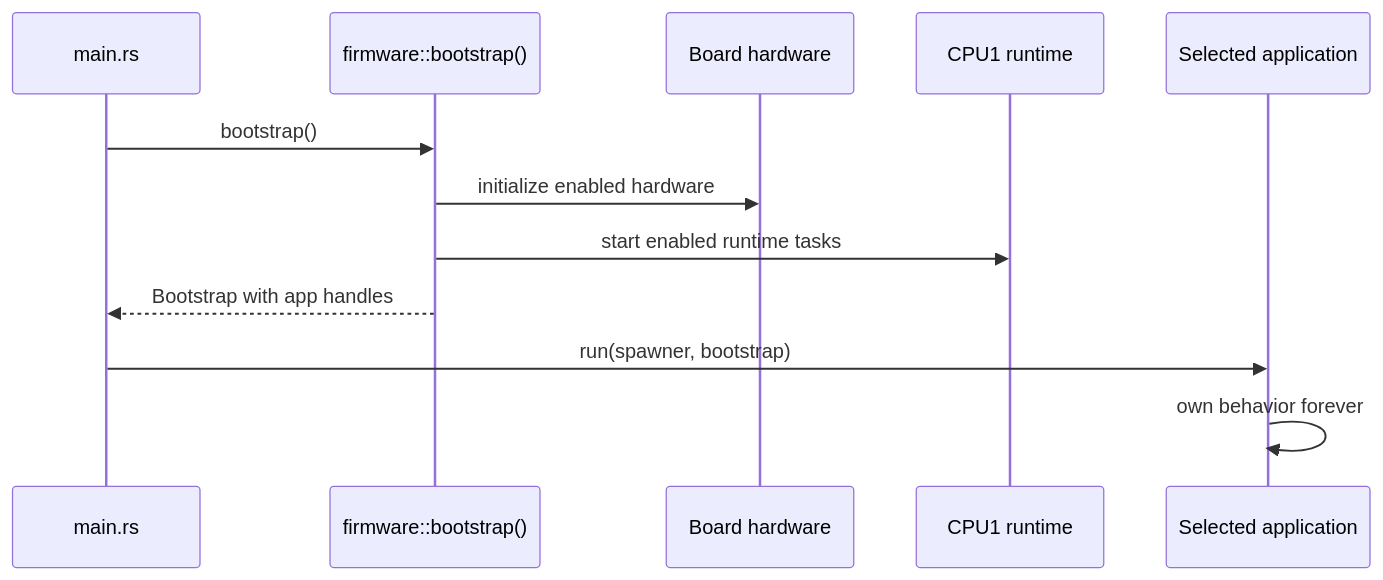
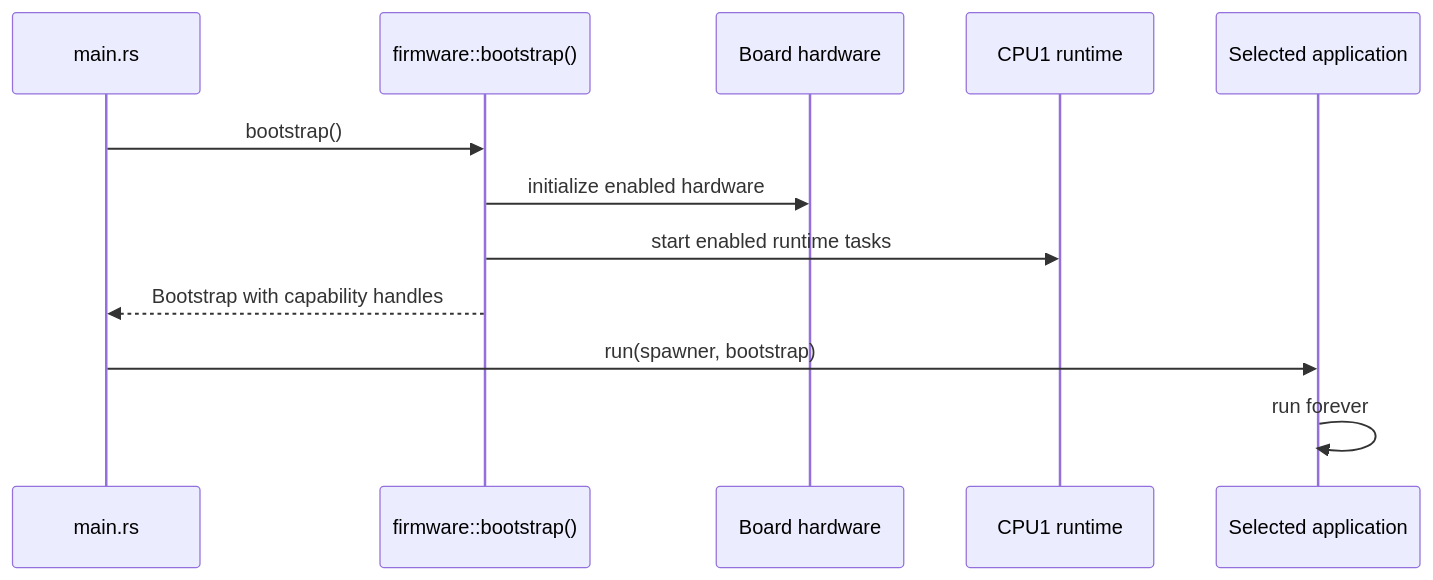
The fourth of 17 diagrams in README.md (wackazong/hackandhike-2026), drawn with Mermaid before and after one commit. The commit also changed other lines of this file, not shown here.

````diff
--- a/README.md
+++ b/README.md
@@ -360,15 +290,15 @@
 ```mermaid
 sequenceDiagram
     participant Main as main.rs
     participant Boot as firmware::bootstrap()
     participant HW as Board hardware
     participant CPU1 as CPU1 runtime
     participant App as Selected application
 
     Main->>Boot: bootstrap()
     Boot->>HW: initialize enabled hardware
     Boot->>CPU1: start enabled runtime tasks
-    Boot-->>Main: Bootstrap with app handles
+    Boot-->>Main: Bootstrap with capability handles
     Main->>App: run(spawner, bootstrap)
-    App->>App: own behavior forever
+    App->>App: run forever
 ```
````
